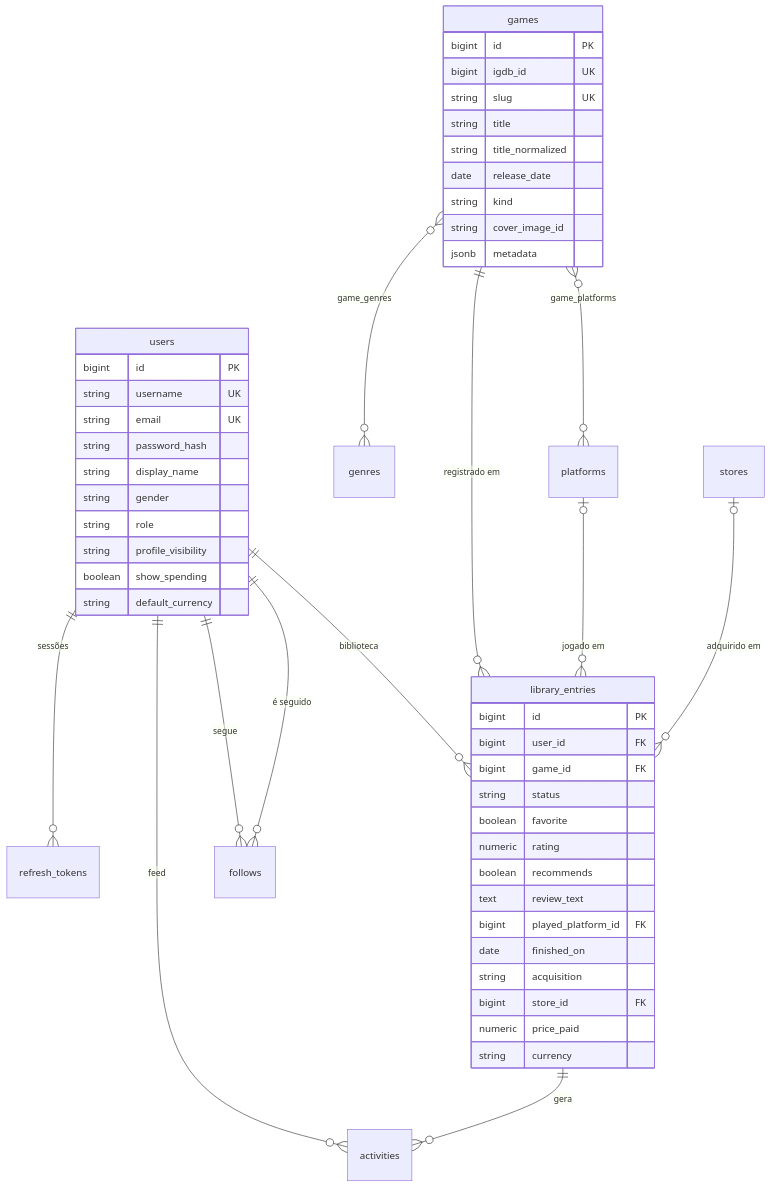
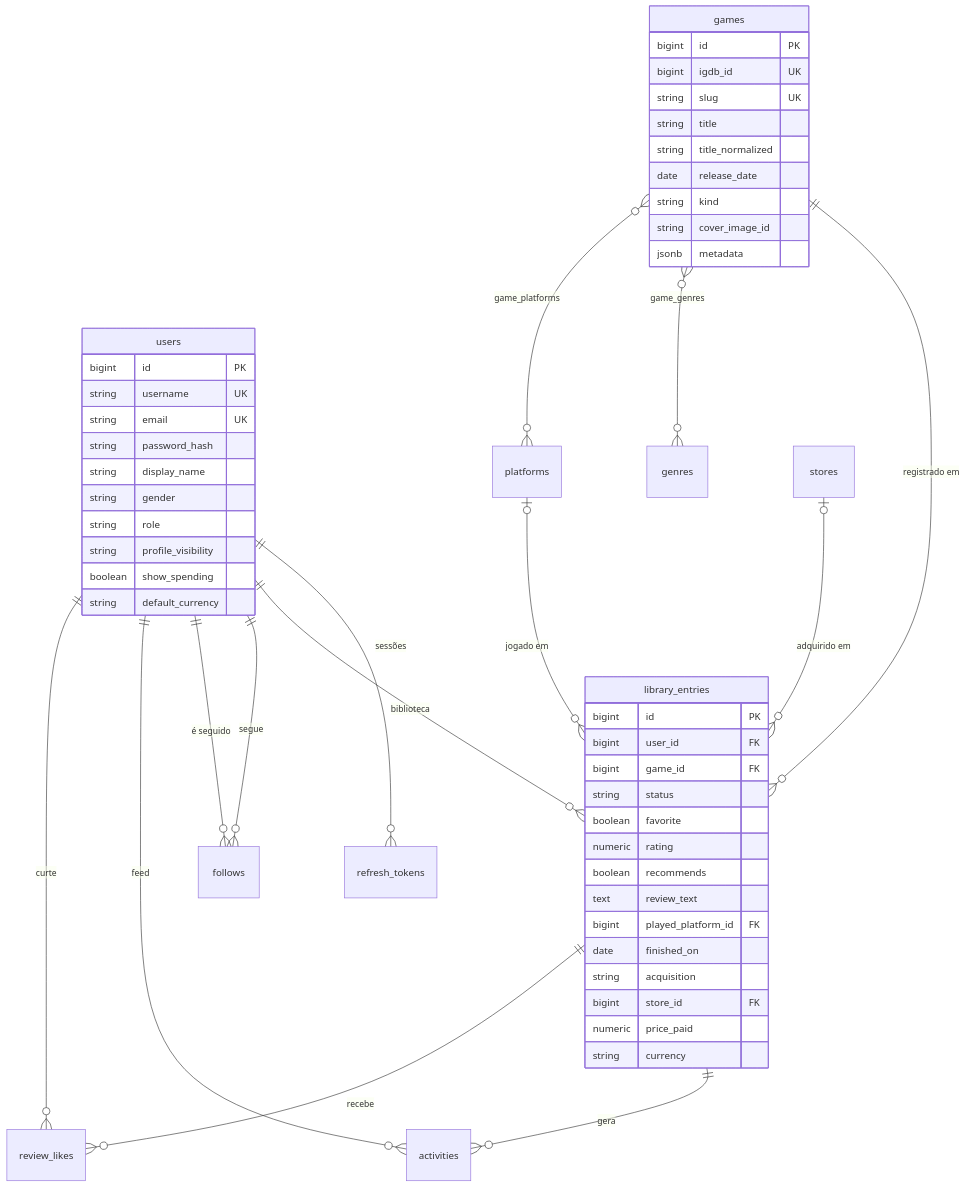
Before and after one commit to kauanunnes/game-log-backend: the diagram in docs/03-modelo-de-dados.md, drawn with Mermaid. The commit also changed other lines of this file and 6 other files, not shown here.

````diff
--- a/docs/03-modelo-de-dados.md
+++ b/docs/03-modelo-de-dados.md
@@ -7,54 +7,56 @@
 ```mermaid
 erDiagram
     users ||--o{ refresh_tokens : "sessões"
     users ||--o{ library_entries : "biblioteca"
     users ||--o{ follows : "segue"
     users ||--o{ follows : "é seguido"
     users ||--o{ activities : "feed"
     library_entries ||--o{ activities : "gera"
+    users ||--o{ review_likes : "curte"
+    library_entries ||--o{ review_likes : "recebe"
     games ||--o{ library_entries : "registrado em"
     games }o--o{ genres : "game_genres"
     games }o--o{ platforms : "game_platforms"
     platforms |o--o{ library_entries : "jogado em"
     stores |o--o{ library_entries : "adquirido em"
 
     users {
         bigint id PK
         string username UK
         string email UK
         string password_hash
         string display_name
         string gender
         string role
         string profile_visibility
         boolean show_spending
         string default_currency
     }
     games {
         bigint id PK
         bigint igdb_id UK
         string slug UK
         string title
         string title_normalized
         date release_date
         string kind
         string cover_image_id
         jsonb metadata
     }
     library_entries {
         bigint id PK
         bigint user_id FK
         bigint game_id FK
         string status
         boolean favorite
         numeric rating
         boolean recommends
         text review_text
         bigint played_platform_id FK
         date finished_on
         string acquisition
         bigint store_id FK
         numeric price_paid
         string currency
     }
 ```
````
